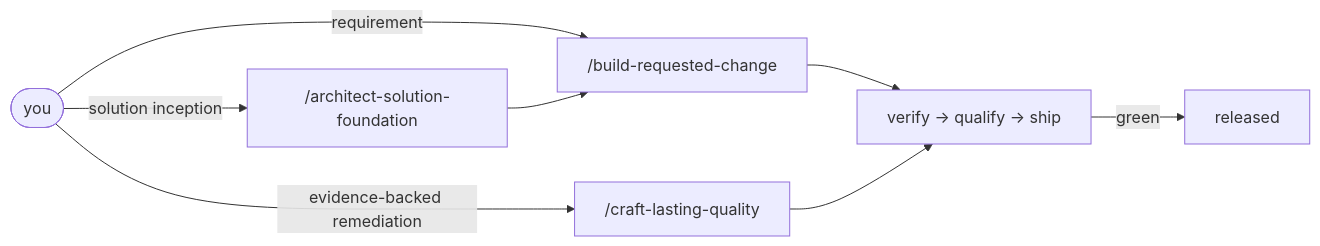
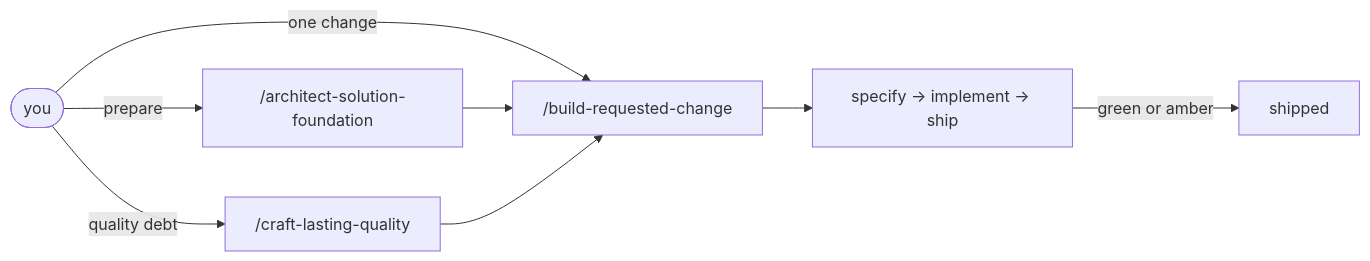
Before and after one commit to AlbertoBasalo/aiddbot-com: the diagram in src/content/docs/workflow.md, drawn with Mermaid. The commit also changed other lines of this file and 16 other files, not shown here.

````diff
--- a/src/content/docs/workflow.md
+++ b/src/content/docs/workflow.md
@@ -38,10 +40,10 @@
 ```mermaid
 flowchart LR
-  YOU([you]) -->|solution inception| ESTABLISH["/architect-solution-foundation"]
-  YOU -->|requirement| DELIVER["/build-requested-change"]
-  YOU -->|evidence-backed remediation| IMPROVE["/craft-lasting-quality"]
-  ESTABLISH --> DELIVER
-  DELIVER --> REVIEW["verify → qualify → ship"]
-  IMPROVE --> REVIEW
-  REVIEW -->|green| RELEASED[released]
+  YOU([you]) -->|prepare| FOUND["/architect-solution-foundation"]
+  YOU -->|one change| DELIVER["/build-requested-change"]
+  YOU -->|quality debt| QUALITY["/craft-lasting-quality"]
+  FOUND --> DELIVER
+  QUALITY --> DELIVER
+  DELIVER --> LOOP["specify → implement → ship"]
+  LOOP -->|green or amber| SHIPPED[shipped]
 ```
````
